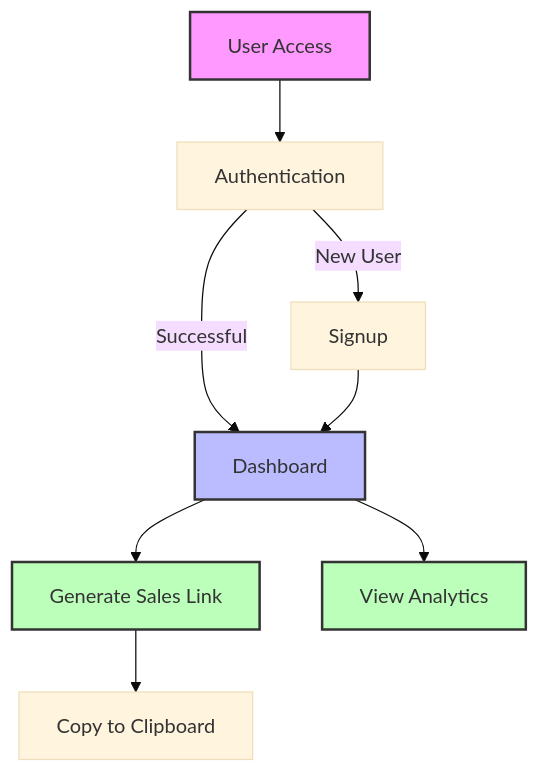
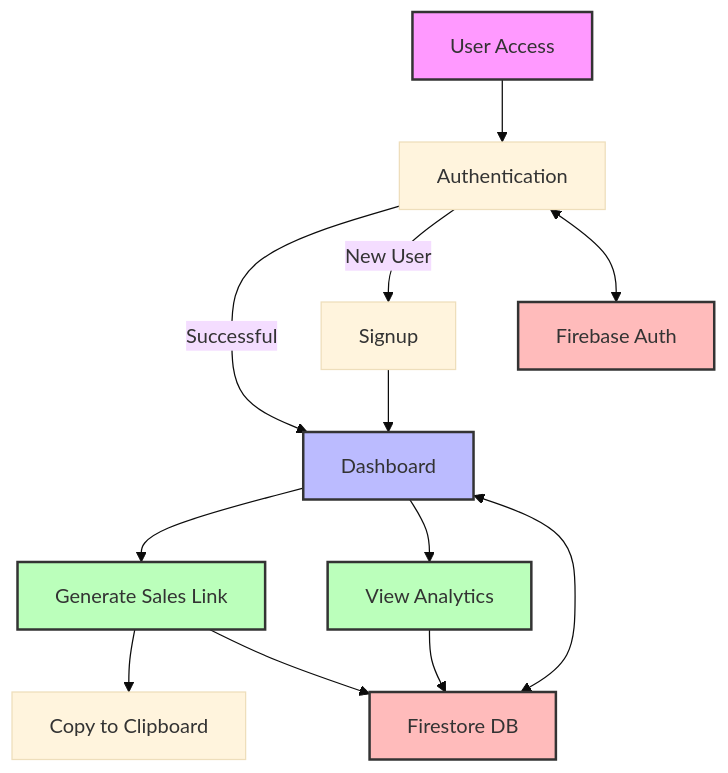
One commit to SpencerBrown1717/lvl3_affiliate_2 changed the first of 2 diagrams in README.md. Above: the diagram before and after it, drawn with Mermaid (base theme). The commit also changed other lines of this file, not shown here.

Commit message:
Update README with Firebase backend integration details

````diff
--- a/README.md
+++ b/README.md
@@ -15,15 +17,22 @@
 ```mermaid
 graph TD
     A[User Access] --> B[Authentication]
     B -->|Successful| C[Dashboard]
     B -->|New User| D[Signup]
     D --> C
     C --> E[Generate Sales Link]
     C --> F[View Analytics]
     E --> G[Copy to Clipboard]
     
+    B <--> H[Firebase Auth]
+    C <--> I[Firestore DB]
+    E --> I
+    F --> I
+    
     style A fill:#f9f,stroke:#333,stroke-width:2px
     style C fill:#bbf,stroke:#333,stroke-width:2px
     style E fill:#bfb,stroke:#333,stroke-width:2px
     style F fill:#bfb,stroke:#333,stroke-width:2px
+    style H fill:#fbb,stroke:#333,stroke-width:2px
+    style I fill:#fbb,stroke:#333,stroke-width:2px
 ```
````
